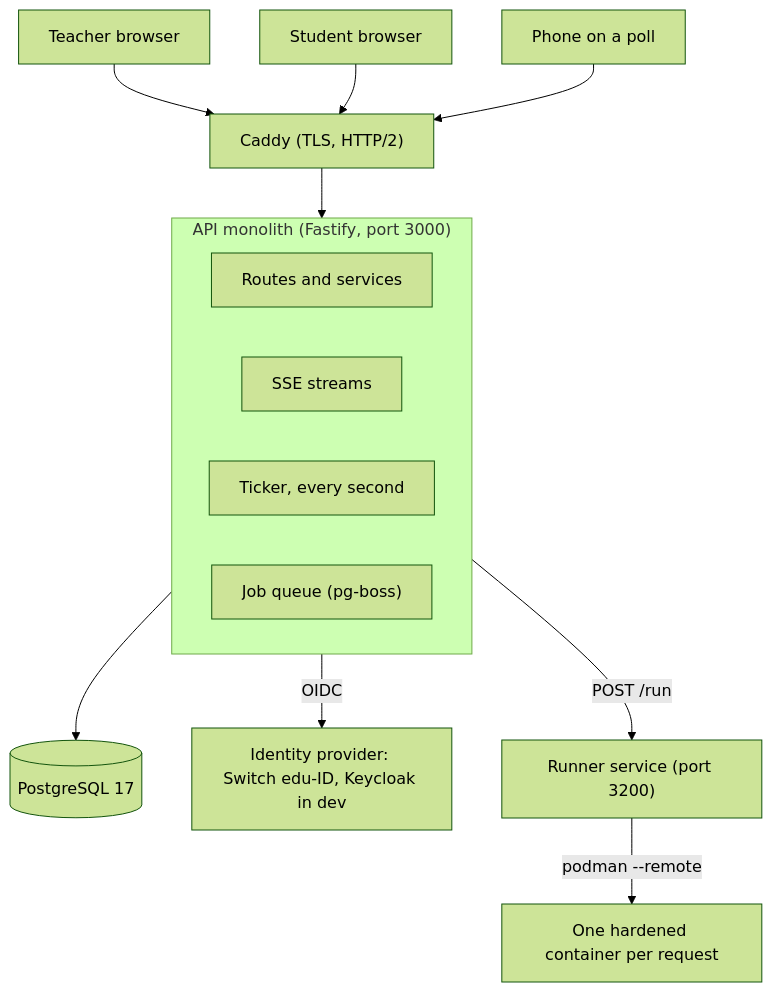
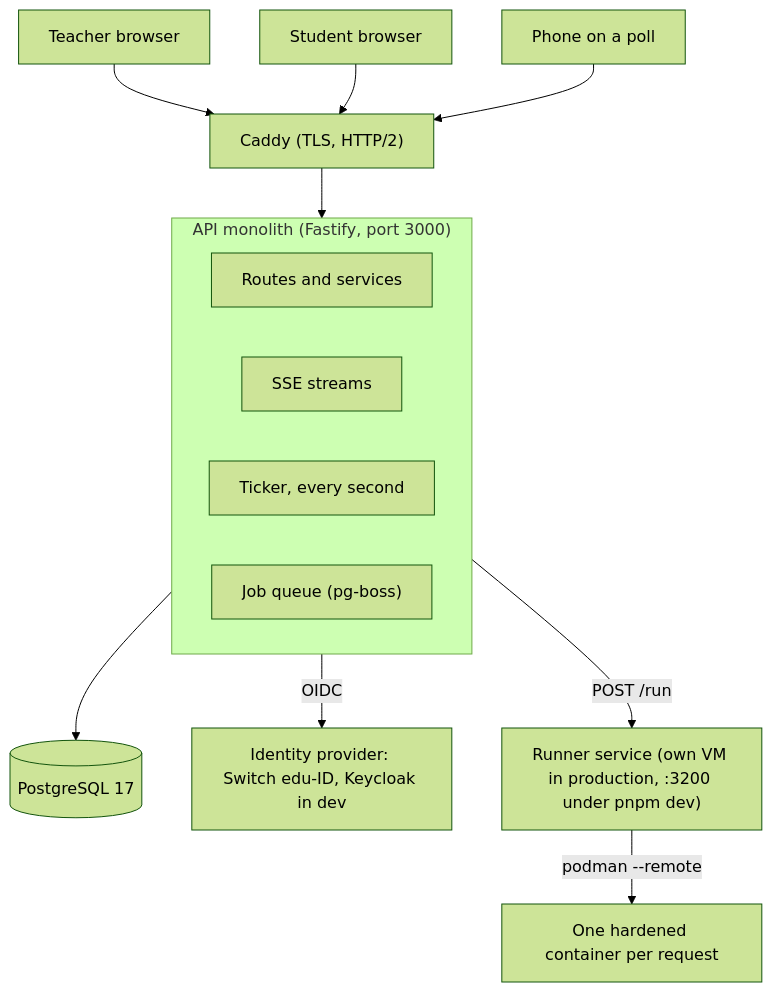
The first of 8 diagrams in docs/development/architecture.md (heig-tin-info/heig-quiz), drawn with Mermaid (forest theme) before and after one commit. The commit also changed other lines of this file and 4 other files, not shown here.

````diff
--- a/docs/development/architecture.md
+++ b/docs/development/architecture.md
@@ -16,18 +17,18 @@
 ```mermaid
 flowchart TB
   subgraph API["API monolith (Fastify, port 3000)"]
     direction LR
     R["Routes and services"]
     E["SSE streams"]
     K["Ticker, every second"]
     Q["Job queue (pg-boss)"]
   end
   T["Teacher browser"] --> C["Caddy (TLS, HTTP/2)"]
   S["Student browser"] --> C
   P["Phone on a poll"] --> C
   C --> API
   API --> DB[("PostgreSQL 17")]
   API -- "OIDC" --> IDP["Identity provider: Switch edu-ID, Keycloak in dev"]
-  API -- "POST /run" --> RUN["Runner service (port 3200)"]
+  API -- "POST /run" --> RUN["Runner service (own VM in production, :3200 under pnpm dev)"]
   RUN -- "podman --remote" --> POD["One hardened container per request"]
 ```
````
